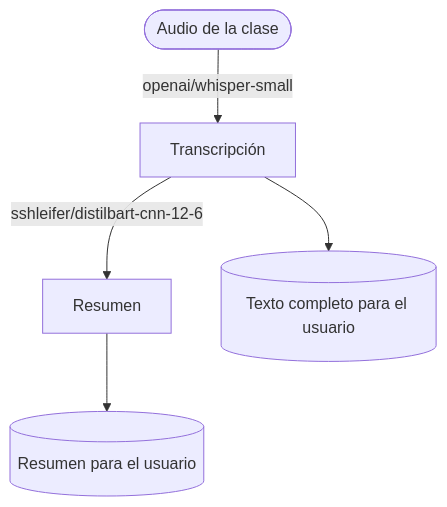
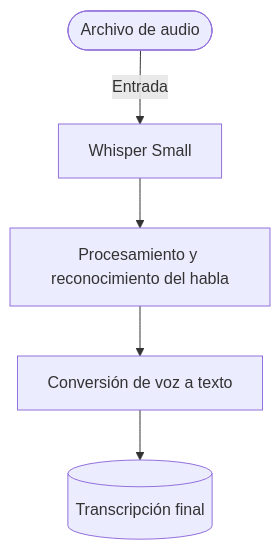
One commit to doripil-cloud/portafolio-herramientas-ia changed the diagram in practica-3/README.md. Above: the diagram before and after it, drawn with Mermaid.

````diff
--- a/practica-3/README.md
+++ b/practica-3/README.md
@@ -26,7 +26,7 @@
 ```mermaid
 flowchart TD
-    A([Audio de la clase]) -->|openai/whisper-small| B[Transcripción]
-    B -->|sshleifer/distilbart-cnn-12-6| C[Resumen]
-    B --> D[(Texto completo para el usuario)]
-    C --> E[(Resumen para el usuario)]
+    A(["Archivo de audio"]) -->|Entrada| B["Whisper Small"]
+    B --> C["Procesamiento y reconocimiento del habla"]
+    C --> D["Conversión de voz a texto"]
+    D --> E[("Transcripción final")]
 ```
````
